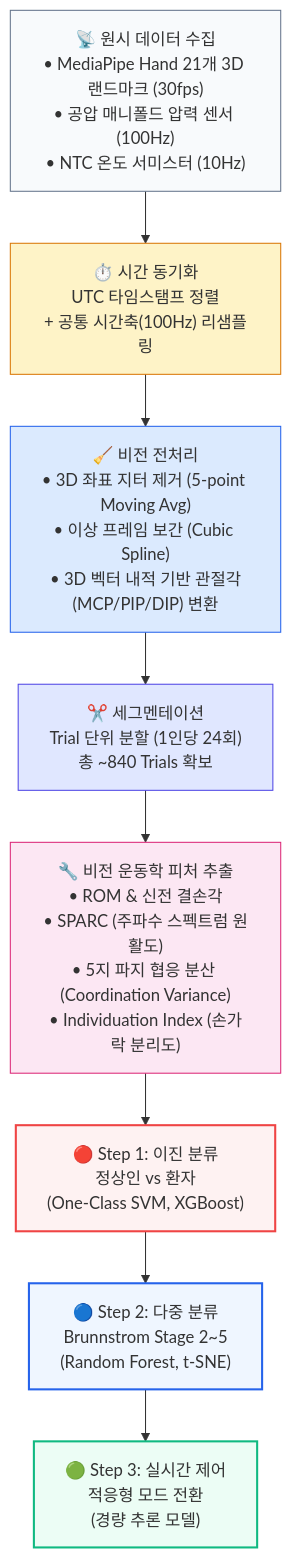
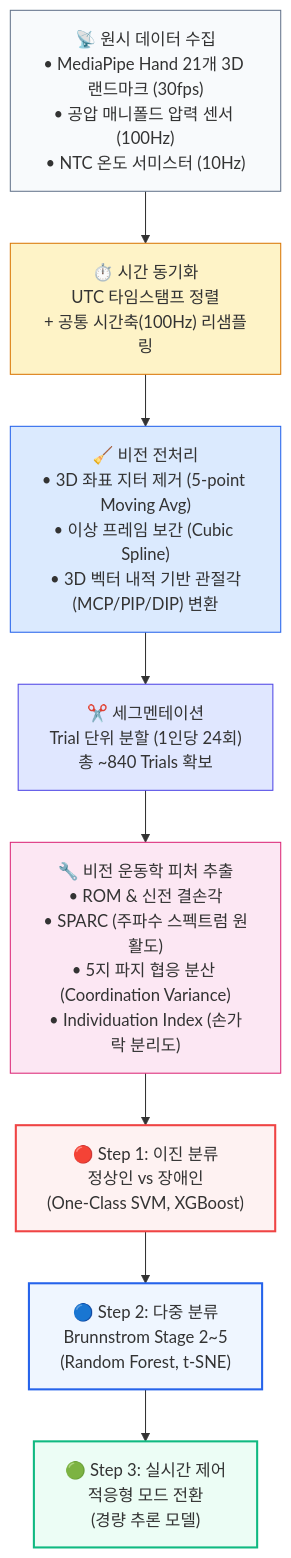
Before and after one commit to passtock/casstone: the diagram in capstone/03_연구계획_및_정리노트/02_연구_및_실험계획서/2026.08.26_데이터가공_및_AI학습전략.md, drawn with Mermaid. The commit also changed other lines of this file and 728 other files, not shown here.

````diff
--- a/capstone/03_연구계획_및_정리노트/02_연구_및_실험계획서/2026.08.26_데이터가공_및_AI학습전략.md
+++ b/capstone/03_연구계획_및_정리노트/02_연구_및_실험계획서/2026.08.26_데이터가공_및_AI학습전략.md
@@ -27,26 +27,26 @@
 ```mermaid
 flowchart TD
     RAW["📡 원시 데이터 수집<br/>• MediaPipe Hand 21개 3D 랜드마크 (30fps)<br/>• 공압 매니폴드 압력 센서 (100Hz)<br/>• NTC 온도 서미스터 (10Hz)"] 
     --> SYNC["⏱️ 시간 동기화<br/>UTC 타임스탬프 정렬<br/>+ 공통 시간축(100Hz) 리샘플링"]
   
     SYNC --> PREPROC["🧹 비전 전처리<br/>• 3D 좌표 지터 제거 (5-point Moving Avg)<br/>• 이상 프레임 보간 (Cubic Spline)<br/>• 3D 벡터 내적 기반 관절각(MCP/PIP/DIP) 변환"]
   
     PREPROC --> SEGMENT["✂️ 세그멘테이션<br/>Trial 단위 분할 (1인당 24회)<br/>총 ~840 Trials 확보"]
   
     SEGMENT --> FEAT["🔧 비전 운동학 피처 추출<br/>• ROM & 신전 결손각<br/>• SPARC (주파수 스펙트럼 원활도)<br/>• 5지 파지 협응 분산 (Coordination Variance)<br/>• Individuation Index (손가락 분리도)"]
   
-    FEAT --> STEP1["🔴 Step 1: 이진 분류<br/>정상인 vs 환자<br/>(One-Class SVM, XGBoost)"]
+    FEAT --> STEP1["🔴 Step 1: 이진 분류<br/>정상인 vs 장애인<br/>(One-Class SVM, XGBoost)"]
   
     STEP1 --> STEP2["🔵 Step 2: 다중 분류<br/>Brunnstrom Stage 2~5<br/>(Random Forest, t-SNE)"]
   
     STEP2 --> STEP3["🟢 Step 3: 실시간 제어<br/>적응형 모드 전환<br/>(경량 추론 모델)"]
   
     style RAW fill:#f8fafc,stroke:#64748b
     style SYNC fill:#fef3c7,stroke:#d97706
     style PREPROC fill:#dbeafe,stroke:#2563eb
     style SEGMENT fill:#e0e7ff,stroke:#4f46e5
     style FEAT fill:#fce7f3,stroke:#db2777
     style STEP1 fill:#fef2f2,stroke:#ef4444,stroke-width:2px
     style STEP2 fill:#eff6ff,stroke:#2563eb,stroke-width:2px
     style STEP3 fill:#ecfdf5,stroke:#10b981,stroke-width:2px
 ```
````
